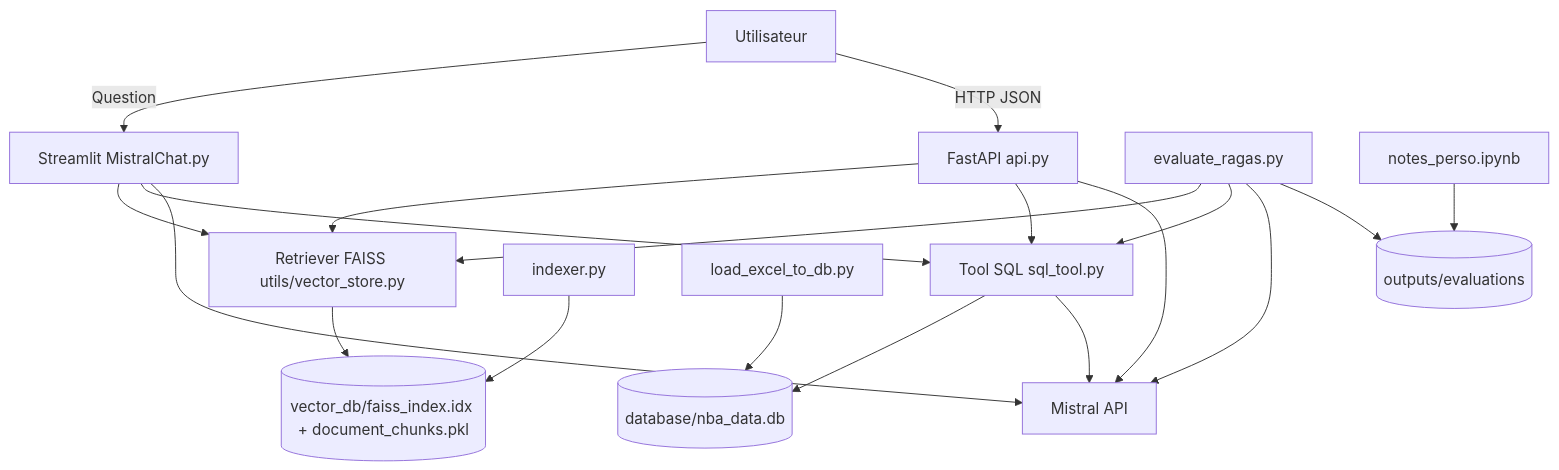
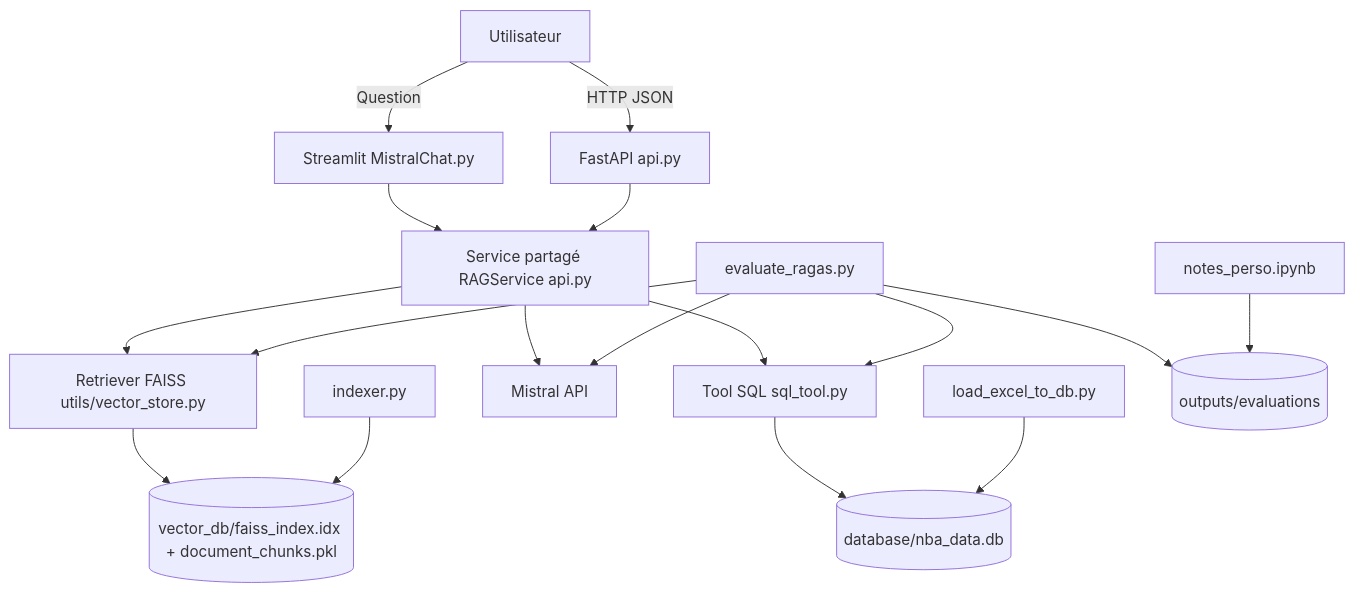
Before and after one commit to stephmnt/eval_RAGAS: the diagram in README.md, drawn with Mermaid. The commit also changed other lines of this file and 1 other file, not shown here.

Commit message:
nettoyage

````diff
--- a/README.md
+++ b/README.md
@@ -29,28 +29,25 @@
 ```mermaid
 flowchart TD
     U[Utilisateur] -->|Question| S[Streamlit MistralChat.py]
     U -->|HTTP JSON| A[FastAPI api.py]
 
-    S --> R[Retriever FAISS utils/vector_store.py]
-    A --> R
+    S --> G[Service partagé RAGService api.py]
+    A --> G
 
-    S --> T[Tool SQL sql_tool.py]
-    A --> T
+    G --> R[Retriever FAISS utils/vector_store.py]
+    G --> T[Tool SQL sql_tool.py]
+    G --> M[Mistral API]
 
     R --> V[(vector_db/faiss_index.idx + document_chunks.pkl)]
     T --> D[(database/nba_data.db)]
-
-    S --> M[Mistral API]
-    A --> M
-    T --> M
 
     I[indexer.py] --> V
     L[load_excel_to_db.py] --> D
 
     E[evaluate_ragas.py] --> R
     E --> T
     E --> M
     E --> O[(outputs/evaluations)]
 
     N[notes_perso.ipynb] --> O
 ```
````
